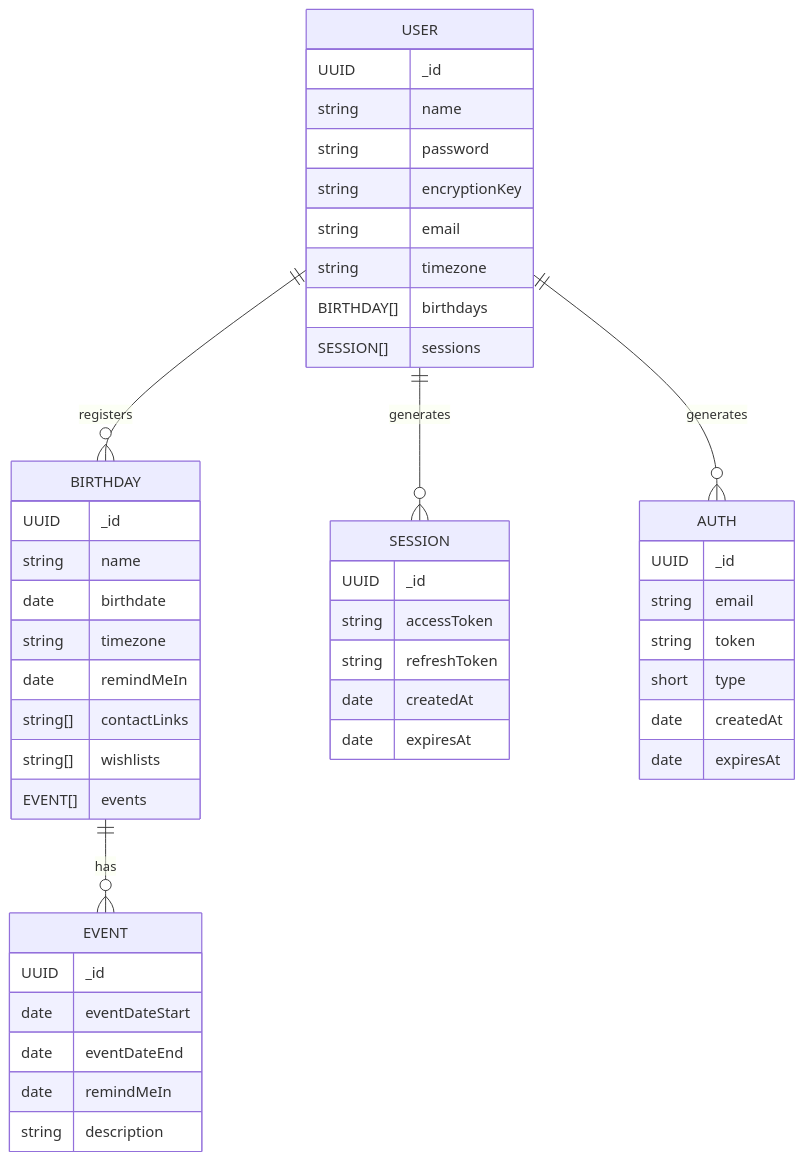
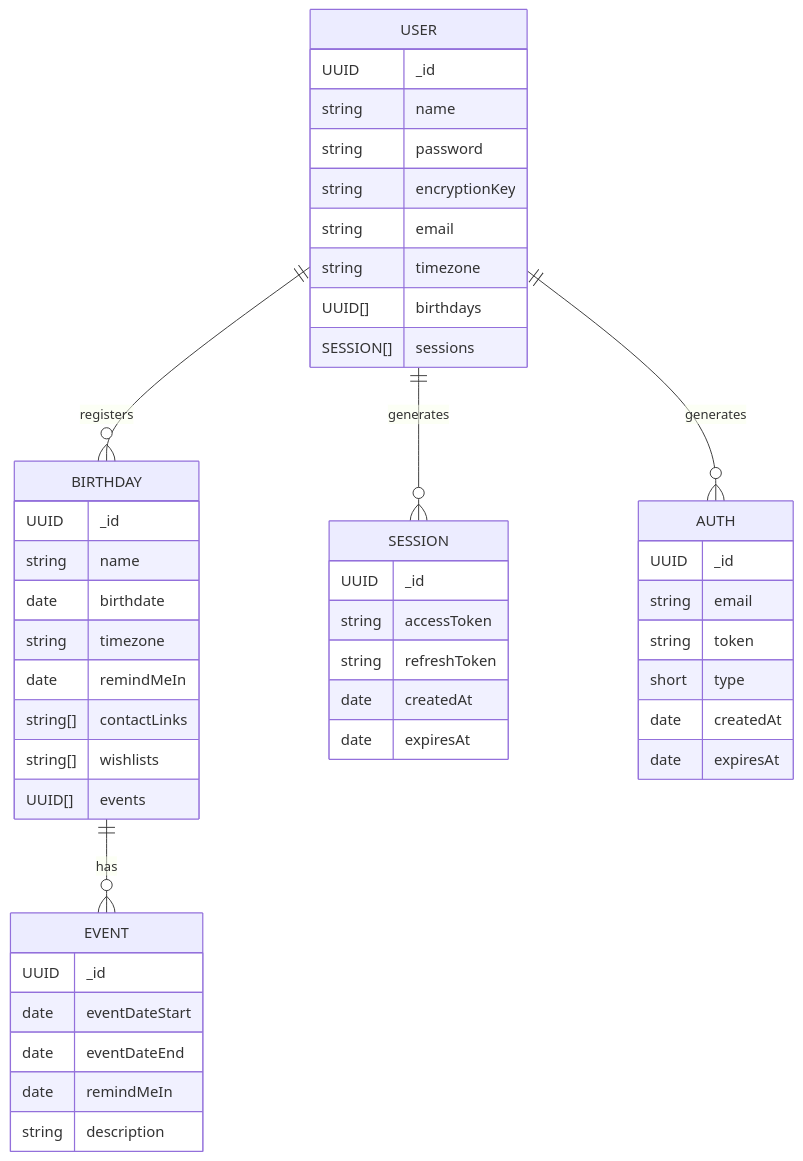
One commit to DahirVJC/global-birthday-server changed the diagram in docs/05-data-model.md. Above: the diagram before and after it, drawn with Mermaid. The commit also changed 5 other files, not shown here.

`````diff
--- a/docs/05-data-model.md
+++ b/docs/05-data-model.md
@@ -16,54 +16,54 @@
 ````mermaid
 erDiagram
     USER ||--o{ BIRTHDAY : registers
     USER ||--o{ SESSION : generates
     USER ||--o{ AUTH : generates
     BIRTHDAY ||--o{ EVENT : has
 
     USER {
         UUID _id
         string name
         string password
         string encryptionKey
         string email
         string timezone
-        BIRTHDAY[] birthdays
+        UUID[] birthdays
         SESSION[] sessions
     }
     
     SESSION {
         UUID _id
         string accessToken
         string refreshToken
         date createdAt
         date expiresAt
     }
 
     AUTH {
         UUID _id
         string email
         string token
         short type
         date createdAt
         date expiresAt
     }
 
     BIRTHDAY {
         UUID _id
         string name
         date birthdate
         string timezone
         date remindMeIn
         string[] contactLinks
         string[] wishlists
-        EVENT[] events
+        UUID[] events
     }
 
     EVENT {
         UUID _id
         date eventDateStart
         date eventDateEnd
         date remindMeIn
         string description
     }
 ````
`````
